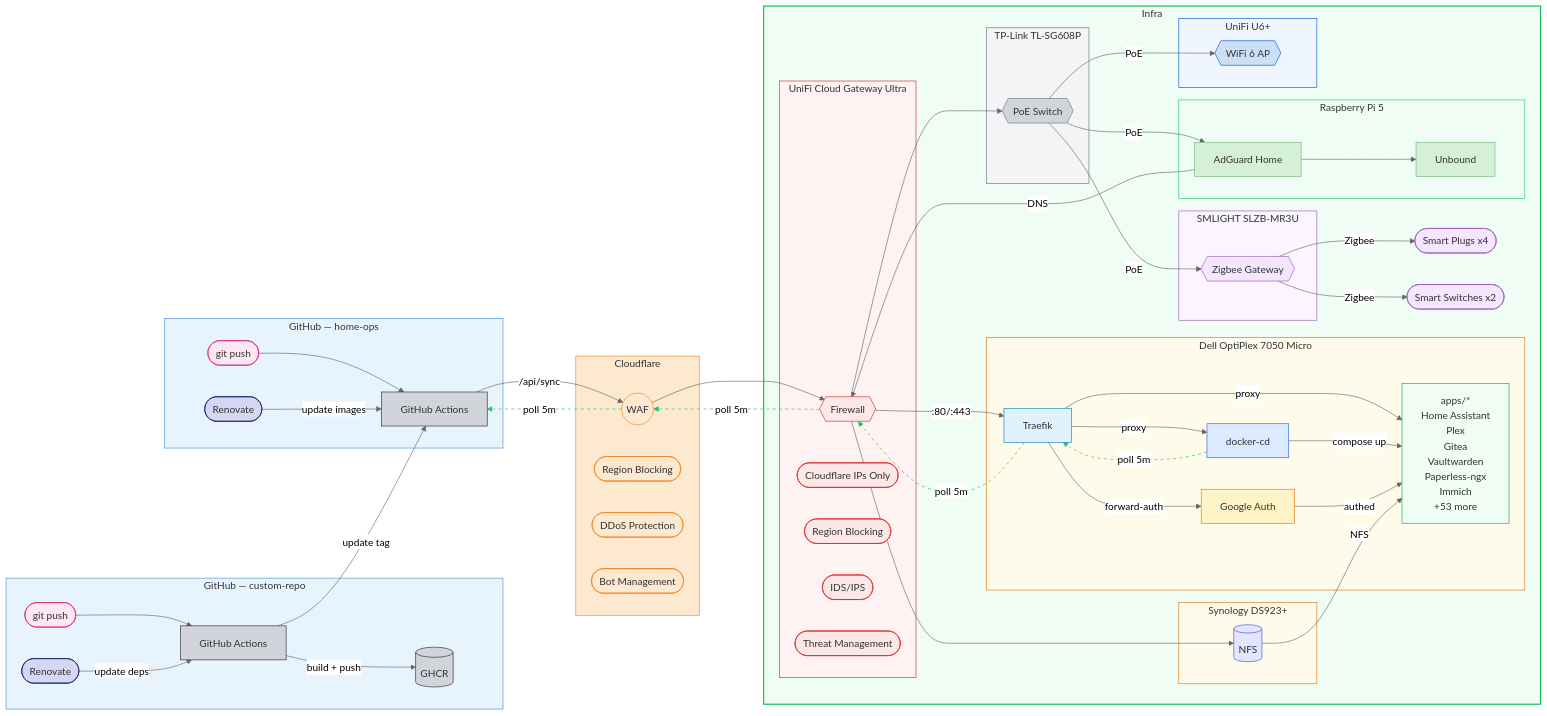
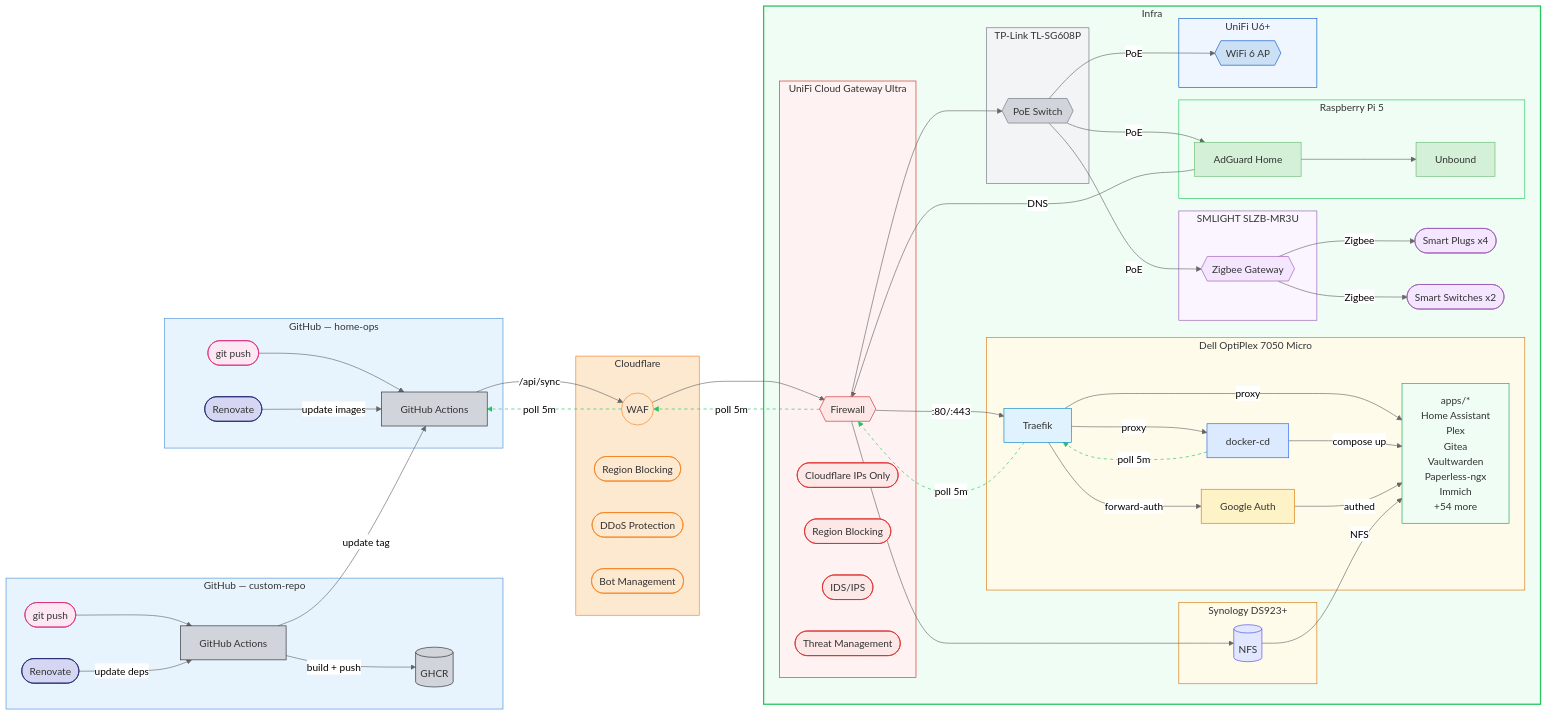
The diagram in README.md (wajeht/home-ops), drawn with Mermaid (neutral theme) before and after one commit. The commit also changed other lines of this file and 6 other files, not shown here.

```diff
--- a/README.md
+++ b/README.md
@@ -56,7 +56,7 @@
             Vaultwarden
             Paperless-ngx
             Immich
-            +53 more"]
+            +54 more"]
         end
 
         subgraph nas[Synology DS923+]
```
